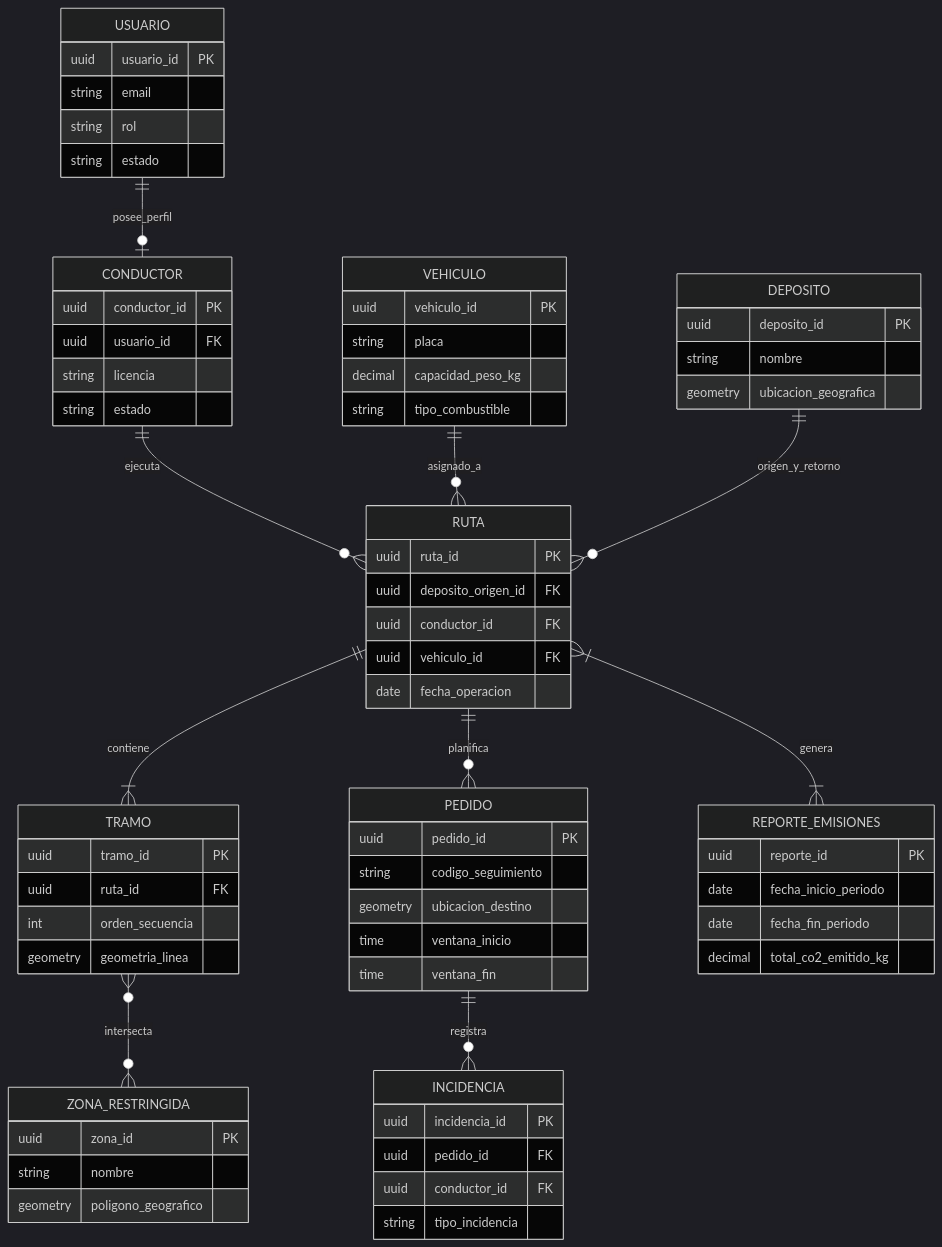
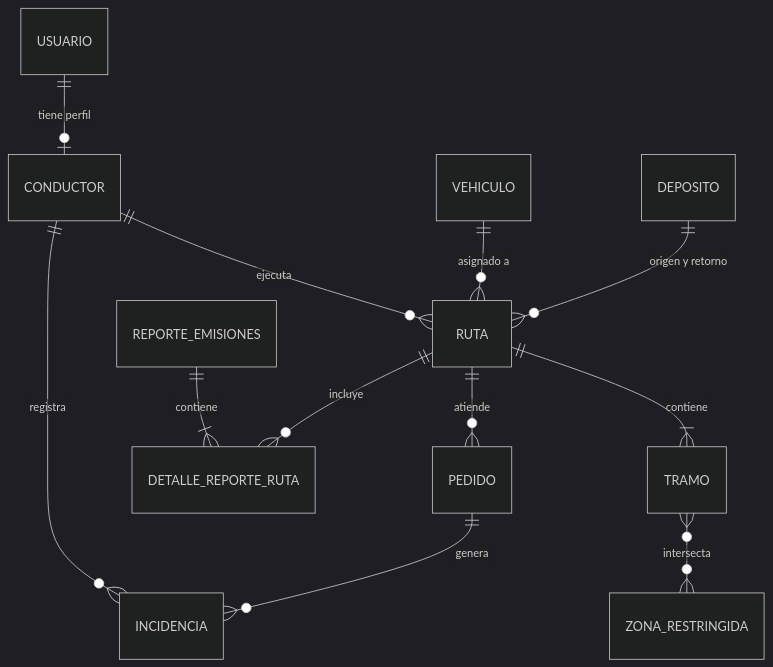
Before and after one commit to MartinezJhef/EcoLogistica-Lima: the diagram in docs/01 Inicio/11. Base de datos V_1_0_0.md, drawn with Mermaid (dark theme). The commit also changed other lines of this file, not shown here.

````diff
--- a/docs/01 Inicio/11. Base de datos V_1_0_0.md
+++ b/docs/01 Inicio/11. Base de datos V_1_0_0.md
@@ -50,83 +52,14 @@
 ```mermaid
 erDiagram
-
-    USUARIO ||--o| CONDUCTOR : posee_perfil
-    CONDUCTOR ||--o{ RUTA : ejecuta
-    VEHICULO ||--o{ RUTA : asignado_a
-    DEPOSITO ||--o{ RUTA : origen_y_retorno
-    RUTA ||--|{ TRAMO : contiene
-    RUTA ||--o{ PEDIDO : planifica
-    PEDIDO ||--o{ INCIDENCIA : registra
-    TRAMO }o--o{ ZONA_RESTRINGIDA : intersecta
-    RUTA }|--|{ REPORTE_EMISIONES : genera
-
-    USUARIO {
-        uuid usuario_id PK
-        string email
-        string rol
-        string estado
-    }
-
-    CONDUCTOR {
-        uuid conductor_id PK
-        uuid usuario_id FK
-        string licencia
-        string estado
-    }
-
-    VEHICULO {
-        uuid vehiculo_id PK
-        string placa
-        decimal capacidad_peso_kg
-        string tipo_combustible
-    }
-
-    DEPOSITO {
-        uuid deposito_id PK
-        string nombre
-        geometry ubicacion_geografica
-    }
-
-    PEDIDO {
-        uuid pedido_id PK
-        string codigo_seguimiento
-        geometry ubicacion_destino
-        time ventana_inicio
-        time ventana_fin
-    }
-
-    RUTA {
-        uuid ruta_id PK
-        uuid deposito_origen_id FK
-        uuid conductor_id FK
-        uuid vehiculo_id FK
-        date fecha_operacion
-    }
-
-    TRAMO {
-        uuid tramo_id PK
-        uuid ruta_id FK
-        int orden_secuencia
-        geometry geometria_linea
-    }
-
-    ZONA_RESTRINGIDA {
-        uuid zona_id PK
-        string nombre
-        geometry poligono_geografico
-    }
-
-    INCIDENCIA {
-        uuid incidencia_id PK
-        uuid pedido_id FK
-        uuid conductor_id FK
-        string tipo_incidencia
-    }
-
-    REPORTE_EMISIONES {
-        uuid reporte_id PK
-        date fecha_inicio_periodo
-        date fecha_fin_periodo
-        decimal total_co2_emitido_kg
-    }
+    USUARIO ||--o| CONDUCTOR : "tiene perfil"
+    CONDUCTOR ||--o{ RUTA : "ejecuta"
+    VEHICULO ||--o{ RUTA : "asignado a"
+    DEPOSITO ||--o{ RUTA : "origen y retorno"
+    RUTA ||--|{ TRAMO : "contiene"
+    RUTA ||--o{ PEDIDO : "atiende"
+    PEDIDO ||--o{ INCIDENCIA : "genera"
+    CONDUCTOR ||--o{ INCIDENCIA : "registra"
+    RUTA ||--o{ DETALLE_REPORTE_RUTA : "incluye"
+    REPORTE_EMISIONES ||--|{ DETALLE_REPORTE_RUTA : "contiene"
+    TRAMO }o--o{ ZONA_RESTRINGIDA : "intersecta"
 ```
````
